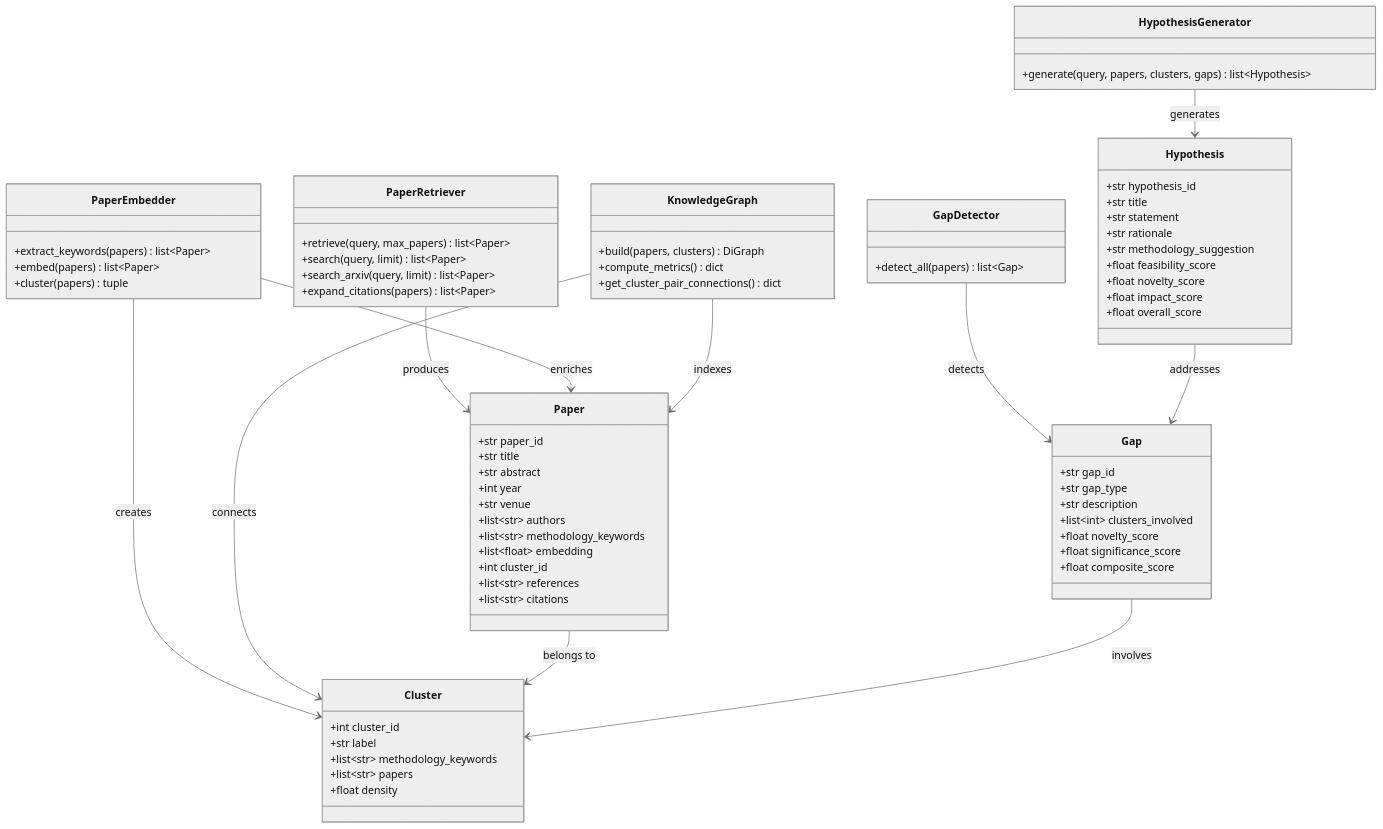
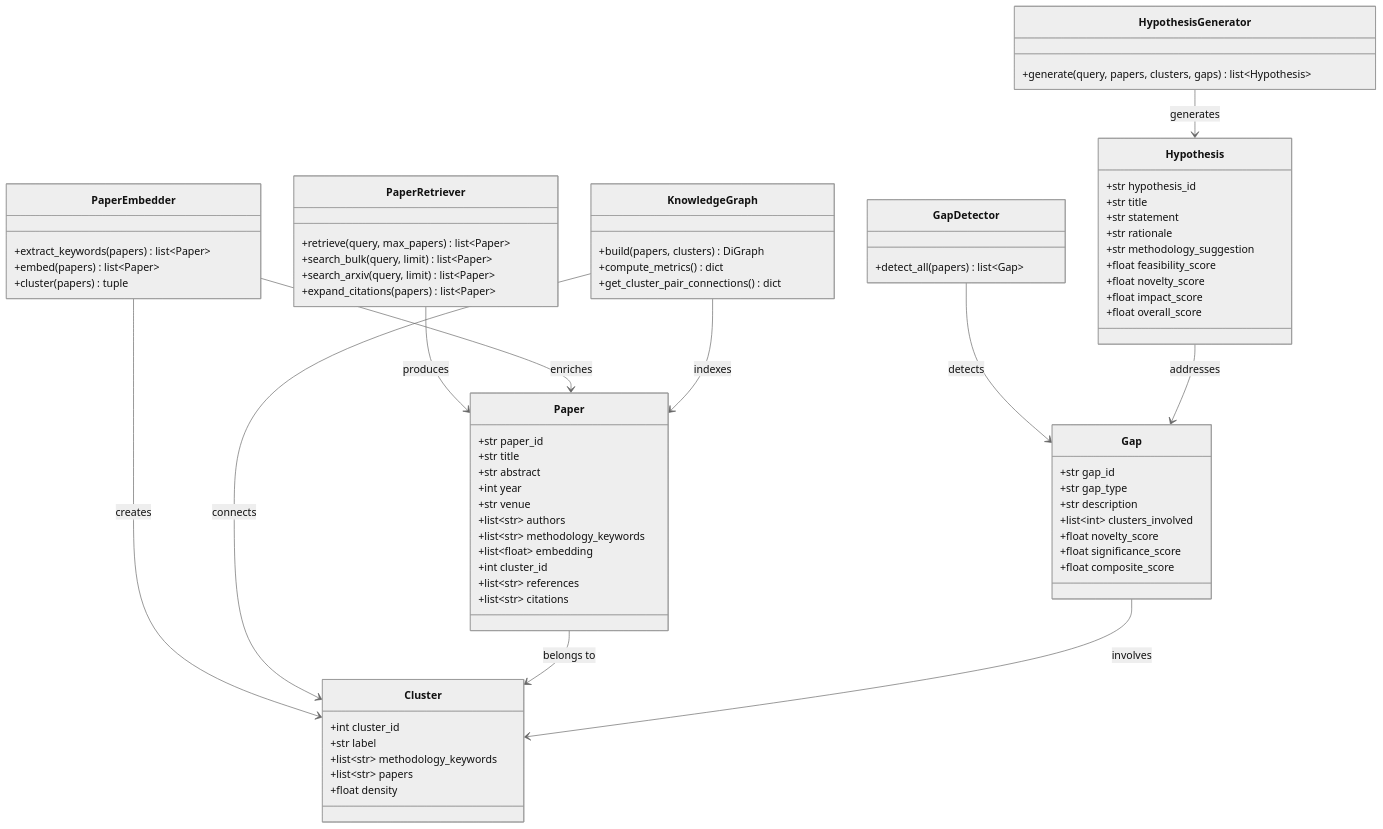
The third of 4 diagrams in README.md (raktim-mondol/papersynth), drawn with Mermaid (neutral theme) before and after one commit. The commit also changed other lines of this file and 3 other files, not shown here.

First line of the commit message:
Switch to S2 bulk search, add arXiv dedup, add search filters

```diff
--- a/README.md
+++ b/README.md
@@ -331,7 +326,7 @@
 
     class PaperRetriever {
         +retrieve(query, max_papers) list~Paper~
-        +search(query, limit) list~Paper~
+        +search_bulk(query, limit) list~Paper~
         +search_arxiv(query, limit) list~Paper~
         +expand_citations(papers) list~Paper~
     }
```
